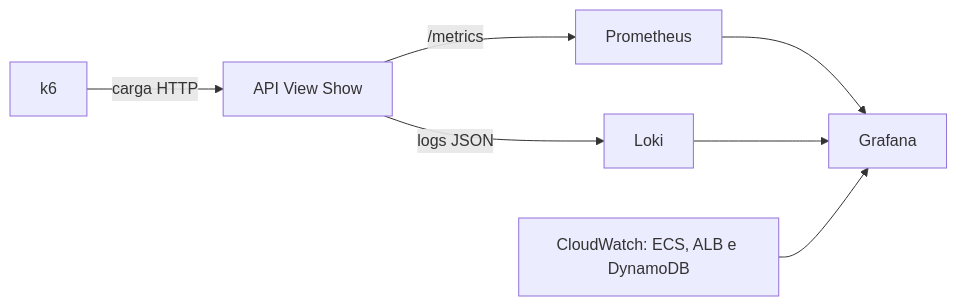
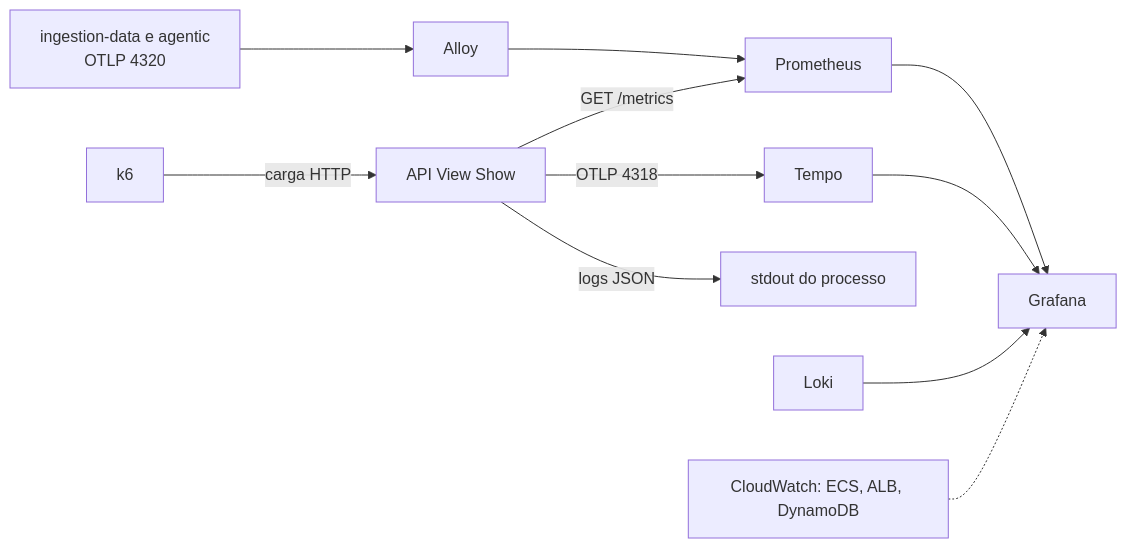
Before and after one commit to guedesrayssa/viewshow-ai-observability: the diagram in artefatos/testes-carga-inicial.md, drawn with Mermaid. The commit also changed other lines of this file and 43 other files, not shown here.

````diff
--- a/artefatos/testes-carga-inicial.md
+++ b/artefatos/testes-carga-inicial.md
@@ -160,9 +704,12 @@
 ```mermaid
 flowchart LR
     K6[k6] -->|carga HTTP| API[API View Show]
-    API -->|/metrics| PROM[Prometheus]
-    API -->|logs JSON| LOKI[Loki]
+    API -->|GET /metrics| PROM[Prometheus]
+    API -->|OTLP 4318| TEMPO[Tempo]
+    API -->|logs JSON| STDOUT[stdout do processo]
+    WORKERS[ingestion-data e agentic<br/>OTLP 4320] --> ALLOY[Alloy] --> PROM
     PROM --> GRAFANA[Grafana]
-    LOKI --> GRAFANA
-    CW[CloudWatch: ECS, ALB e DynamoDB] --> GRAFANA
+    TEMPO --> GRAFANA
+    LOKI[Loki] --> GRAFANA
+    CW[CloudWatch: ECS, ALB, DynamoDB] -.-> GRAFANA
 ```
````
